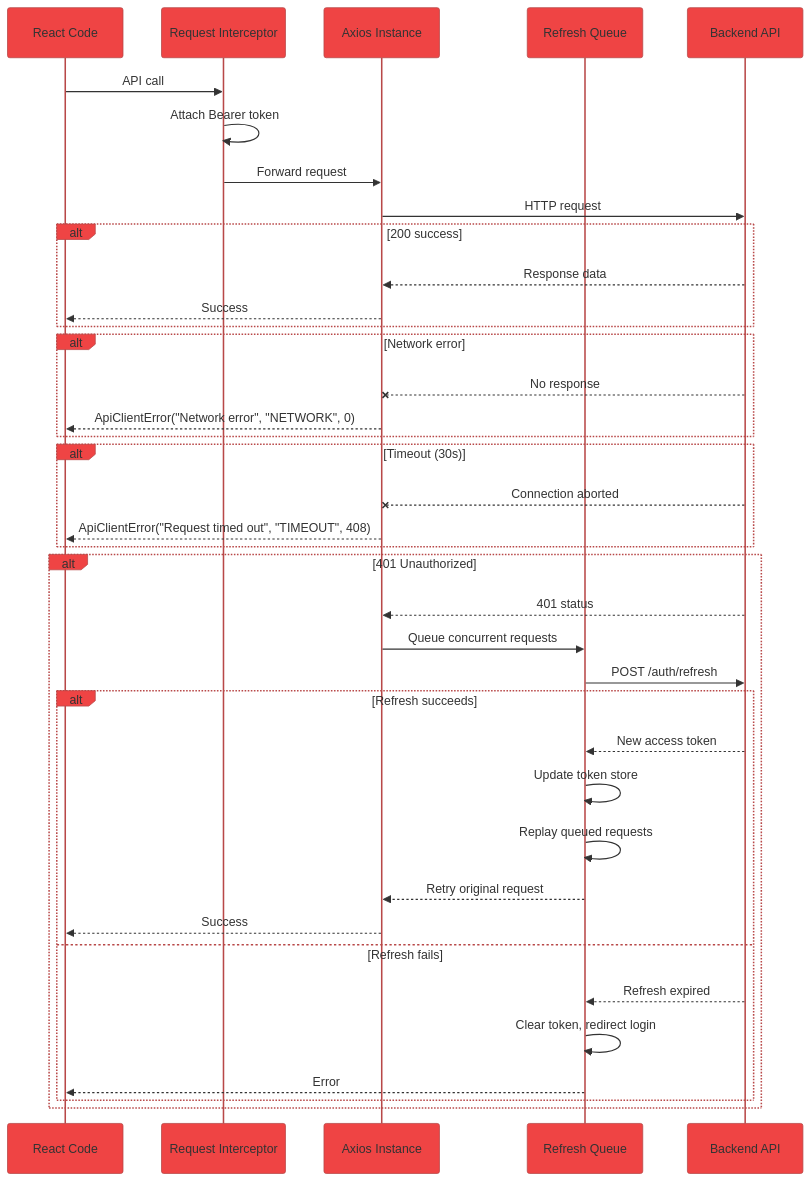
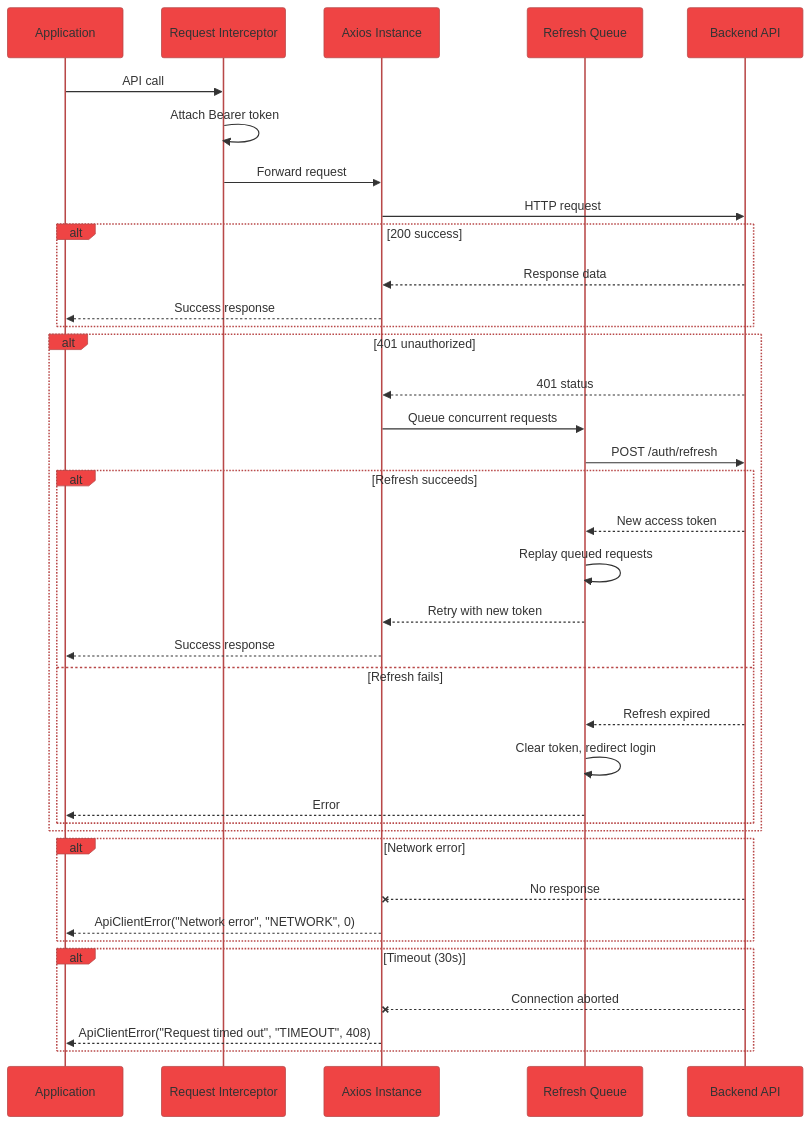
One commit to Saksham21s/scaffkit changed the third of 3 diagrams in README.md. Above: the diagram before and after it, drawn with Mermaid. The commit also changed other lines of this file and 20 other files, not shown here.

````diff
--- a/README.md
+++ b/README.md
@@ -109,47 +142,45 @@
 ```mermaid
 %%{init: {'theme': 'base', 'themeVariables': { 'primaryColor': '#ef4444', 'secondaryColor': '#f59e0b', 'tertiaryColor': '#10b981'}}}%%
 sequenceDiagram
-    participant App as React Code
+    participant App as Application
     participant Interceptor as Request Interceptor
     participant API as Axios Instance
-    participant Refresh as Refresh Queue
+    participant Queue as Refresh Queue
     participant Backend as Backend API
 
     App->>Interceptor: API call
     Interceptor->>Interceptor: Attach Bearer token
     Interceptor->>API: Forward request
     API->>Backend: HTTP request
 
     alt 200 success
         Backend-->>API: Response data
-        API-->>App: Success
+        API-->>App: Success response
+    end
+
+    alt 401 unauthorized
+        Backend-->>API: 401 status
+        API->>Queue: Queue concurrent requests
+        Queue->>Backend: POST /auth/refresh
+        alt Refresh succeeds
+            Backend-->>Queue: New access token
+            Queue->>Queue: Replay queued requests
+            Queue-->>API: Retry with new token
+            API-->>App: Success response
+        else Refresh fails
+            Backend-->>Queue: Refresh expired
+            Queue->>Queue: Clear token, redirect login
+            Queue-->>App: Error
+        end
     end
 
     alt Network error
         Backend--xAPI: No response
         API-->>App: ApiClientError("Network error", "NETWORK", 0)
     end
 
     alt Timeout (30s)
         Backend--xAPI: Connection aborted
         API-->>App: ApiClientError("Request timed out", "TIMEOUT", 408)
     end
-
-    alt 401 Unauthorized
-        Backend-->>API: 401 status
-        API->>Refresh: Queue concurrent requests
-        Refresh->>Backend: POST /auth/refresh
-        
-        alt Refresh succeeds
-            Backend-->>Refresh: New access token
-            Refresh->>Refresh: Update token store
-            Refresh->>Refresh: Replay queued requests
-            Refresh-->>API: Retry original request
-            API-->>App: Success
-        else Refresh fails
-            Backend-->>Refresh: Refresh expired
-            Refresh->>Refresh: Clear token, redirect login
-            Refresh-->>App: Error
-        end
-    end
 ```
````
